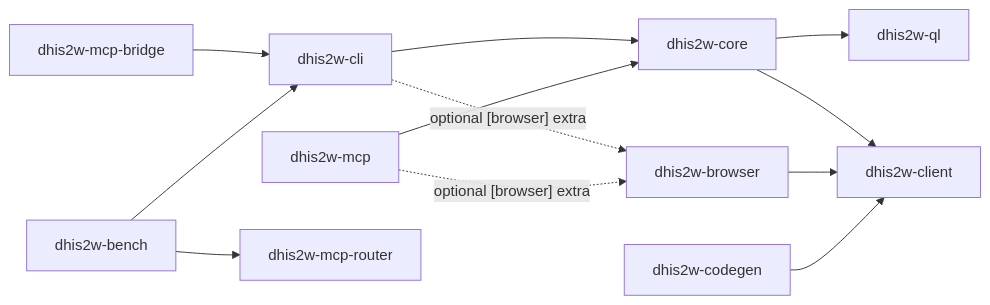
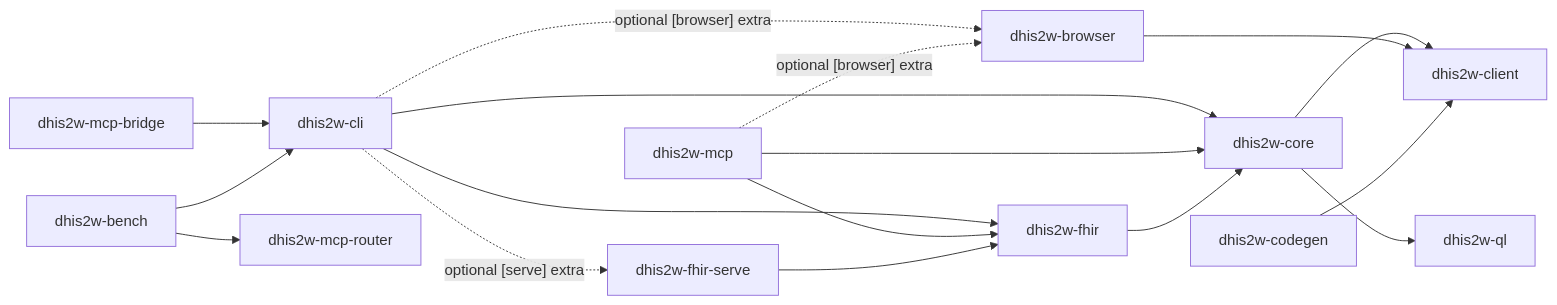
Before and after one commit to winterop-com/dhis2w-utils: the diagram in docs/architecture/overview.md, drawn with Mermaid. The commit also changed other lines of this file and 27 other files, not shown here.

````diff
--- a/docs/architecture/overview.md
+++ b/docs/architecture/overview.md
@@ -56,25 +57,32 @@
 ```mermaid
 graph LR
     bench["dhis2w-bench"]
     bridge["dhis2w-mcp-bridge"]
     cli["dhis2w-cli"]
     mcp["dhis2w-mcp"]
     router["dhis2w-mcp-router"]
     core["dhis2w-core"]
     ql["dhis2w-ql"]
     browser["dhis2w-browser"]
     codegen["dhis2w-codegen"]
     client["dhis2w-client"]
+    fhir["dhis2w-fhir"]
+    fhirserve["dhis2w-fhir-serve"]
 
     cli --> core
     mcp --> core
+    cli --> fhir
+    mcp --> fhir
+    fhir --> core
+    fhirserve --> fhir
     bridge --> cli
     bench --> cli
     bench --> router
     core --> client
     core --> ql
     browser --> client
     codegen --> client
     cli -.->|"optional [browser] extra"| browser
     mcp -.->|"optional [browser] extra"| browser
+    cli -.->|"optional [serve] extra"| fhirserve
 ```
````
